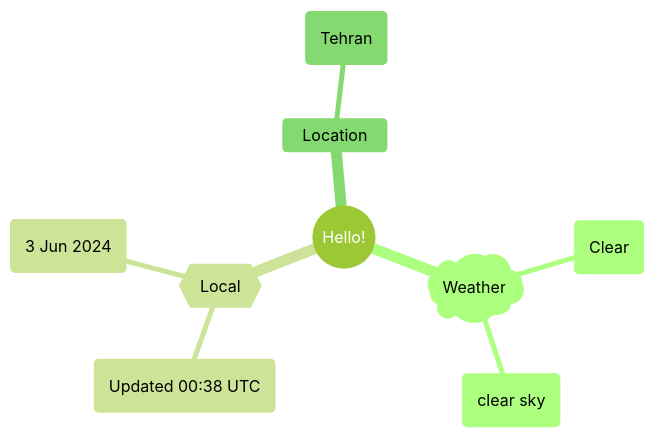
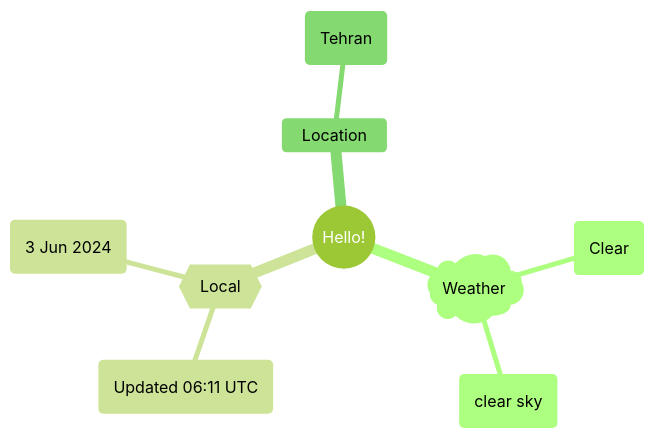
The first of 2 diagrams in README.md (Xosrov/Xosrov), drawn with Mermaid (forest theme) before and after one commit.

Commit message:
[bot] updated images

````diff
--- a/README.md
+++ b/README.md
@@ -3,12 +3,12 @@
 ```mermaid
 mindmap
   root((Hello!))
     )Weather(
         (Clear)
         (clear sky)
     {{Local}}
-        (Updated 00:38 UTC)
+        (Updated 06:11 UTC)
         (3 Jun 2024)
     Location
         (Tehran)
 ```
````
